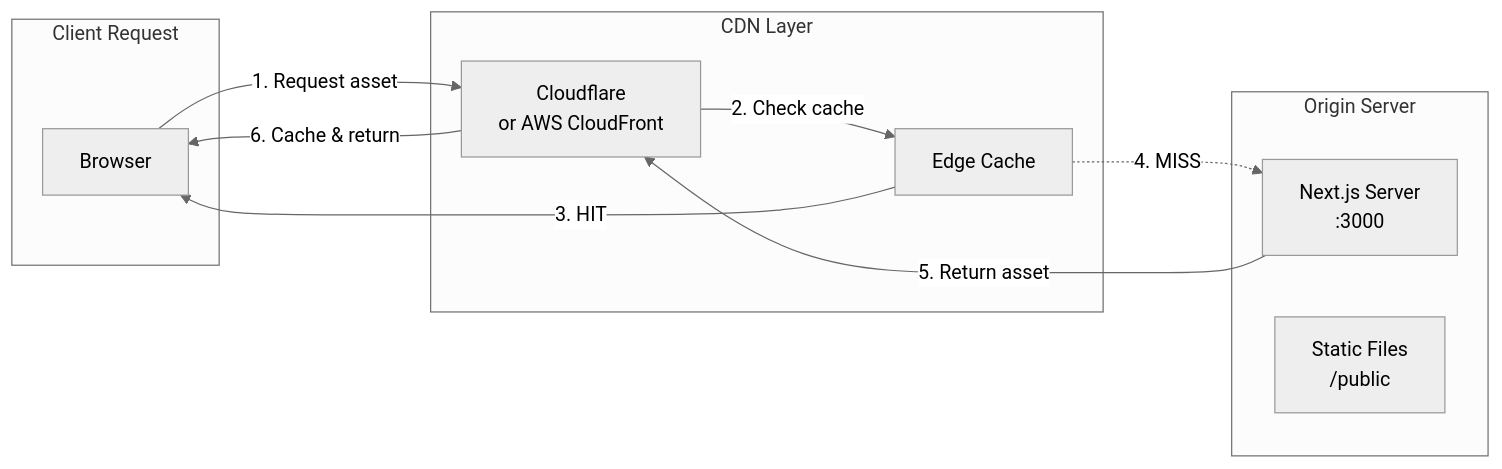
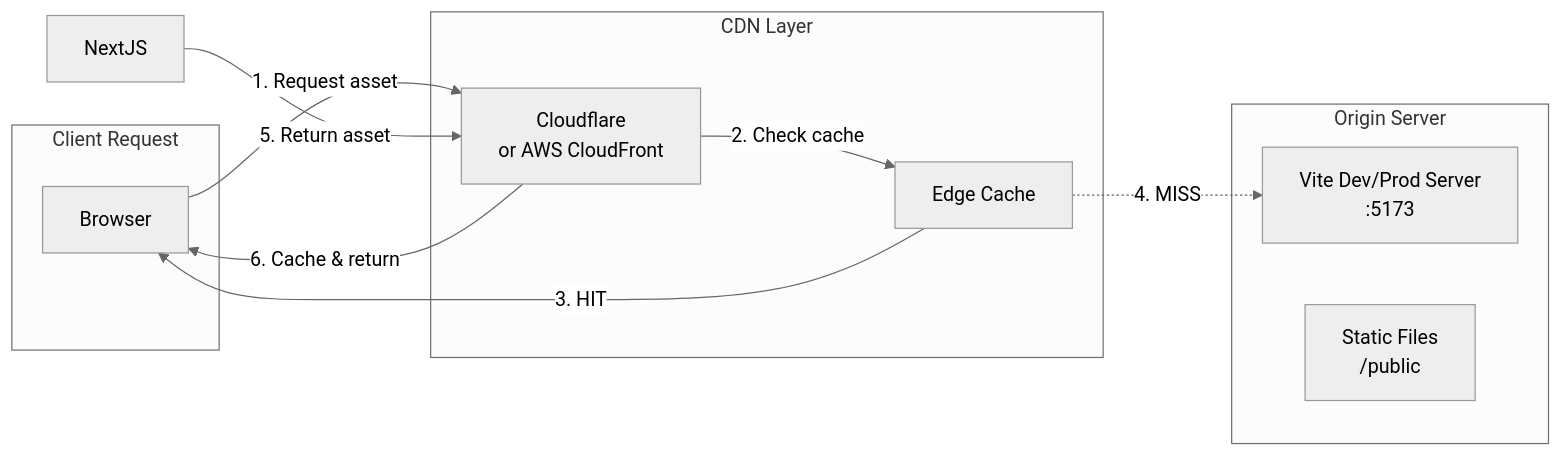
Before and after one commit to rifatbond007/Ecommerce-Microservices-Platform: the fourth of 19 diagrams in docs/SYSTEM_DESIGN.md, drawn with Mermaid (neutral theme). The commit also changed other lines of this file and 3 other files, not shown here.

Commit message:
docs: update frontend references from Next.js to React + Vite

````diff
--- a/docs/SYSTEM_DESIGN.md
+++ b/docs/SYSTEM_DESIGN.md
@@ -311,25 +311,25 @@
 ```mermaid
 flowchart LR
     subgraph Request["Client Request"]
         Browser["Browser"]
     end
     
     subgraph CDN["CDN Layer"]
         Cloudflare["Cloudflare<br/>or AWS CloudFront"]
         Cache["Edge Cache"]
     end
     
     subgraph Origin["Origin Server"]
-        NextJS["Next.js Server<br/>:3000"]
+        Vite["Vite Dev/Prod Server<br/>:5173"]
         Static["Static Files<br/>/public"]
     end
     
     Browser -->|"1. Request asset"| Cloudflare
     Cloudflare -->|"2. Check cache"| Cache
     
     Cache -->|"3. HIT"| Browser
     
-    Cache -.->|"4. MISS"| NextJS
+    Cache -.->|"4. MISS"| Vite
     NextJS -->|"5. Return asset"| Cloudflare
     Cloudflare -->|"6. Cache & return"| Browser
 ```
````
